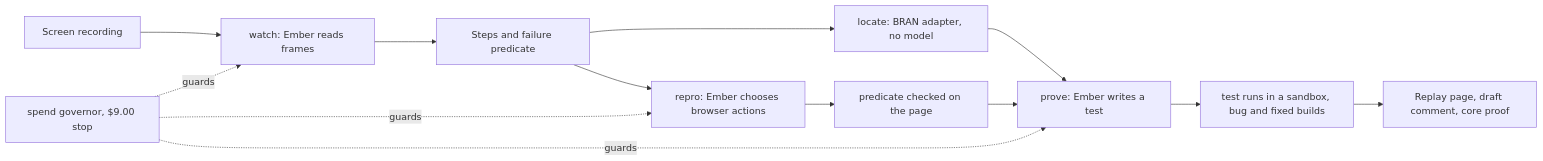
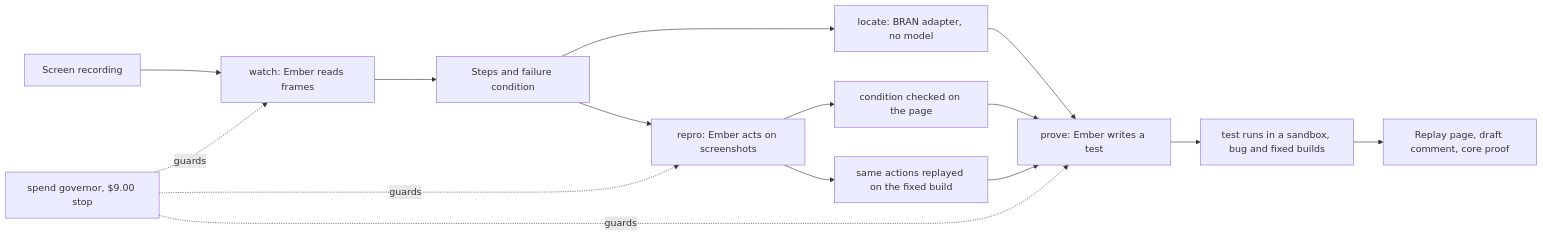
The diagram in README.md (1wgrumph/foley), drawn with Mermaid before and after one commit. The commit also changed other lines of this file and 14 other files, not shown here.

````diff
--- a/README.md
+++ b/README.md
@@ -23,15 +302,17 @@
 ```mermaid
 flowchart LR
   R[Screen recording] --> W["watch: Ember reads frames"]
-  W --> S[Steps and failure predicate]
+  W --> S[Steps and failure condition]
   S --> L["locate: BRAN adapter, no model"]
-  S --> P["repro: Ember chooses browser actions"]
-  P --> O["predicate checked on the page"]
+  S --> P["repro: Ember acts on screenshots"]
+  P --> O["condition checked on the page"]
+  P --> F["same actions replayed on the fixed build"]
   L --> T["prove: Ember writes a test"]
   O --> T
+  F --> T
   T --> I["test runs in a sandbox, bug and fixed builds"]
   I --> D[Replay page, draft comment, core proof]
   G["spend governor, $9.00 stop"] -.guards.-> W
   G -.guards.-> P
   G -.guards.-> T
 ```
````
